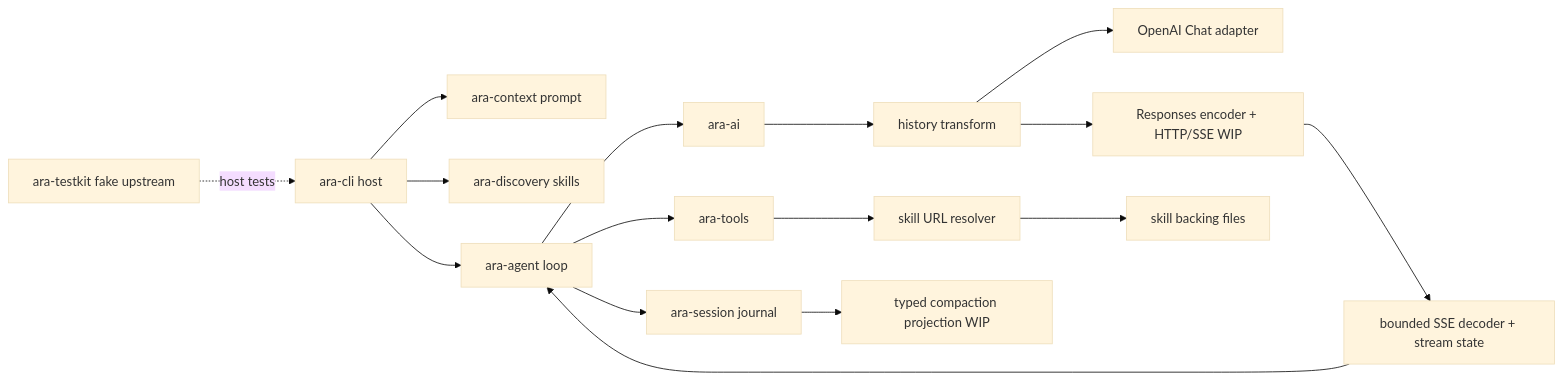
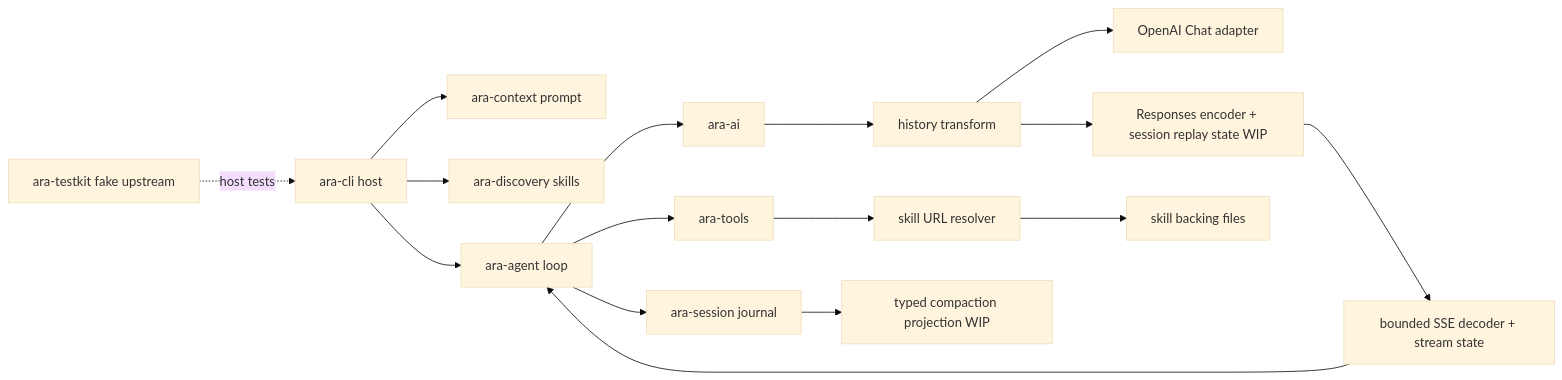
Before and after one commit to ZZray/ara: the diagram in docs/handoffs/2026-09-27.md, drawn with Mermaid (base theme). The commit also changed other lines of this file and 6 other files, not shown here.

Commit message:
WIP: align Responses native replay warmup with fixed OMP

````diff
--- a/docs/handoffs/2026-09-27.md
+++ b/docs/handoffs/2026-09-27.md
@@ -68,18 +68,18 @@
 ```mermaid
 flowchart LR
     CLI[ara-cli host] --> CTX[ara-context prompt]
     CLI --> DISC[ara-discovery skills]
     CLI --> AGT[ara-agent loop]
     AGT --> AI[ara-ai]
     AI --> XFORM[history transform]
     XFORM --> PROVIDER[OpenAI Chat adapter]
-    XFORM --> RESP[Responses encoder + HTTP/SSE WIP]
+    XFORM --> RESP[Responses encoder + session replay state WIP]
     RESP --> SSE[bounded SSE decoder + stream state]
     SSE --> AGT
     AGT --> TOOLS[ara-tools]
     TOOLS --> URL[skill URL resolver]
     URL --> FS[skill backing files]
     AGT --> SES[ara-session journal]
     SES --> PROJ[typed compaction projection WIP]
     TK[ara-testkit fake upstream] -. host tests .-> CLI
 ```
````
